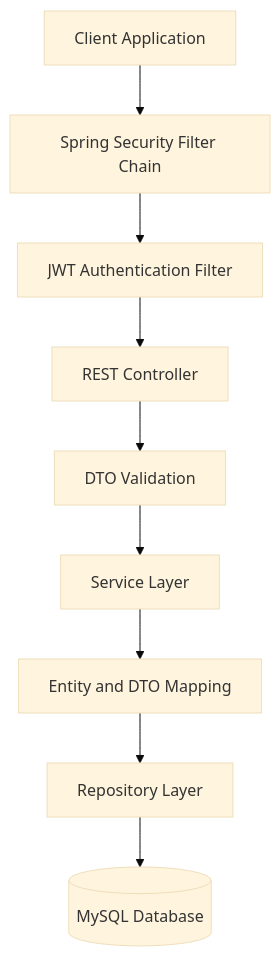
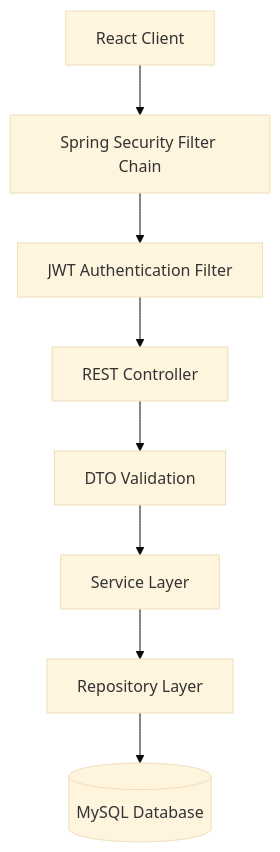
One commit to AkramSE/Contact-Manager-API changed the first of 4 diagrams in README.md. Above: the diagram before and after it, drawn with Mermaid (base theme). The commit also changed other lines of this file, not shown here.

````diff
--- a/README.md
+++ b/README.md
@@ -208,11 +87,10 @@
 ```mermaid
 flowchart TD
-    A[Client Application] --> B[Spring Security Filter Chain]
-    B --> C[JWT Authentication Filter]
-    C --> D[REST Controller]
-    D --> E[DTO Validation]
-    E --> F[Service Layer]
-    F --> G[Entity and DTO Mapping]
-    G --> H[Repository Layer]
-    H --> I[(MySQL Database)]
+    Client[React Client] --> Security[Spring Security Filter Chain]
+    Security --> JwtFilter[JWT Authentication Filter]
+    JwtFilter --> Controller[REST Controller]
+    Controller --> Validation[DTO Validation]
+    Validation --> Service[Service Layer]
+    Service --> Repository[Repository Layer]
+    Repository --> Database[(MySQL Database)]
 ```
````
